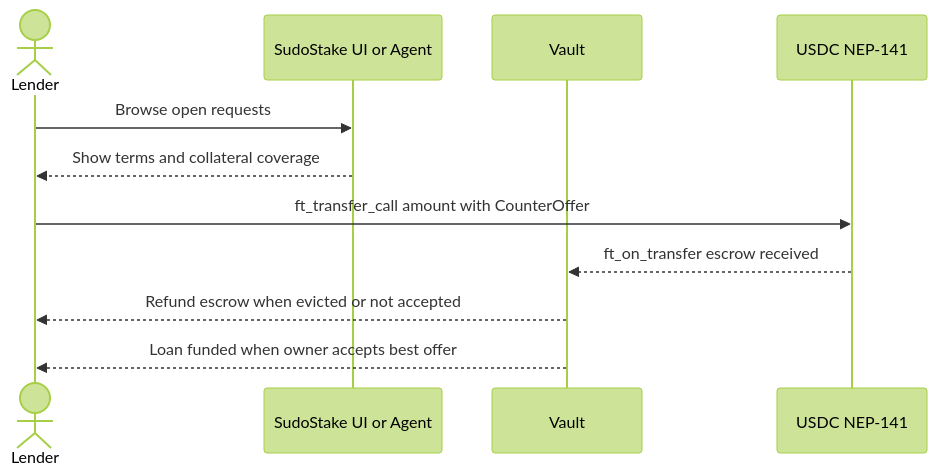
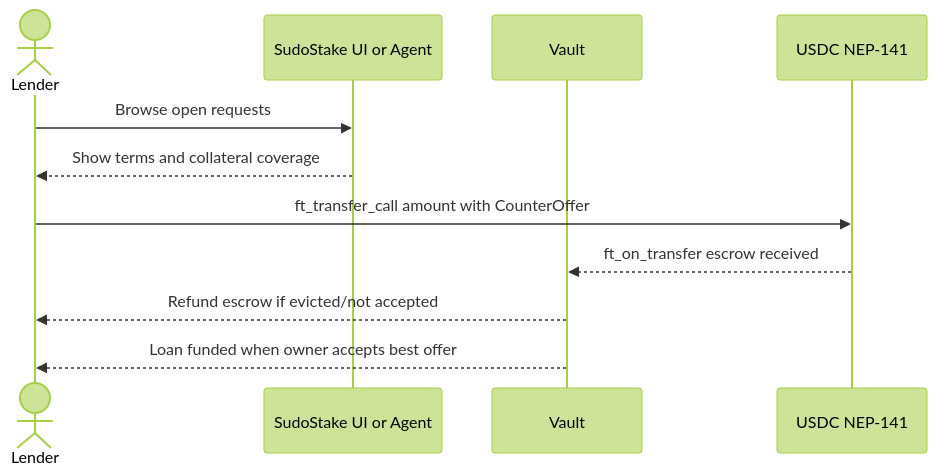
One commit to sudostake/resources changed the fifth of 6 diagrams in PERSONAS_AND_FLOWS.md. Above: the diagram before and after it, drawn with Mermaid (forest theme). The commit also changed other lines of this file and 13 other files, not shown here.

Commit message:
docs: aggressive noise reduction across planning/status docs; add M2 execution plan to roadmap; keep all facts and timelines intact

````diff
--- a/PERSONAS_AND_FLOWS.md
+++ b/PERSONAS_AND_FLOWS.md
@@ -229,14 +176,14 @@
 ```mermaid
 sequenceDiagram
     actor Lender
     participant UI as SudoStake UI or Agent
     participant Vault
     participant USDC as USDC NEP-141
 
     Lender->>UI: Browse open requests
     UI-->>Lender: Show terms and collateral coverage
     Lender->>USDC: ft_transfer_call amount with CounterOffer
     USDC-->>Vault: ft_on_transfer escrow received
-    Vault-->>Lender: Refund escrow when evicted or not accepted
+    Vault-->>Lender: Refund escrow if evicted/not accepted
     Vault-->>Lender: Loan funded when owner accepts best offer
 ```
````
